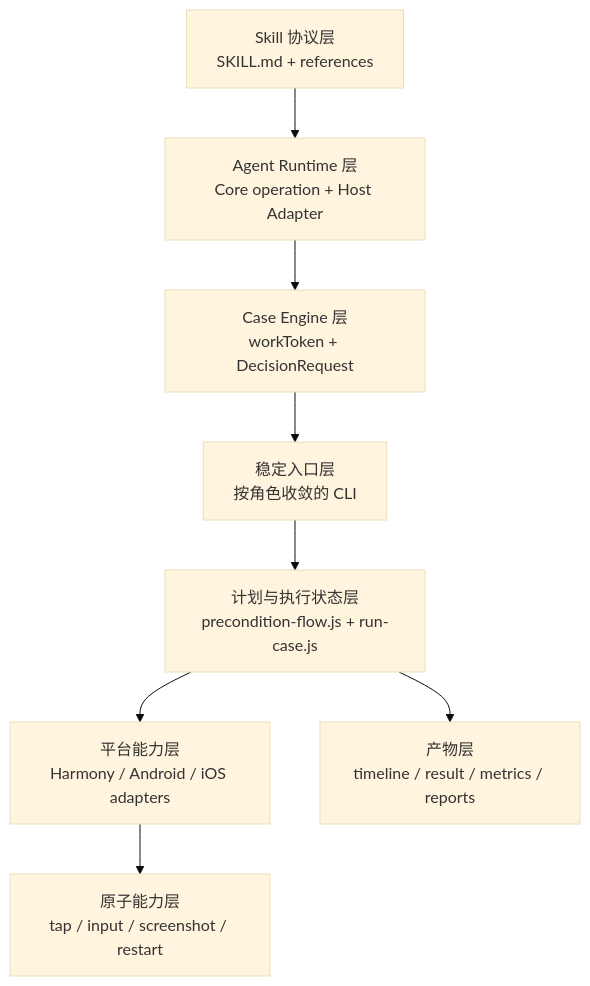
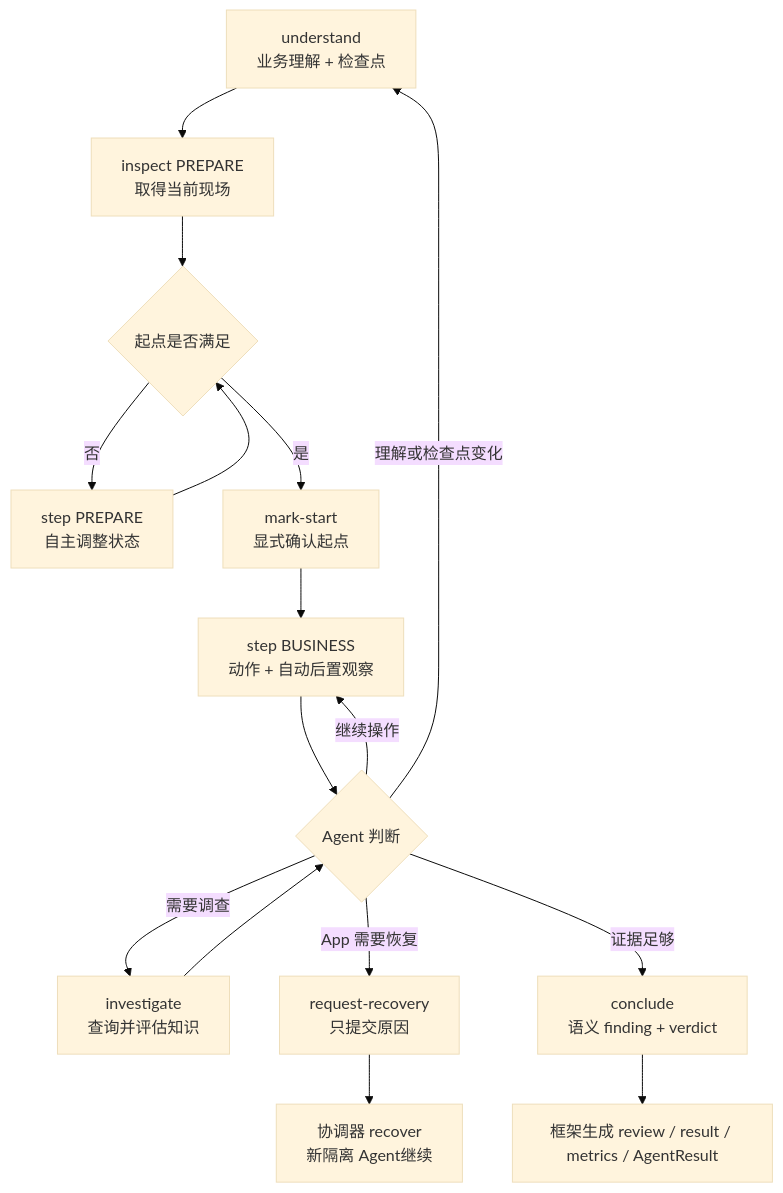
One commit to lianghuihui-plus/DevKit changed the second of 3 diagrams in skills/mobile-ai-visual-test/docs/architecture.md. Above: the diagram before and after it, drawn with Mermaid (base theme). The commit also changed other lines of this file and 194 other files, not shown here.

````diff
--- a/skills/mobile-ai-visual-test/docs/architecture.md
+++ b/skills/mobile-ai-visual-test/docs/architecture.md
@@ -75,13 +59,18 @@
 ```mermaid
-flowchart TB
-  L1["Skill 协议层<br/>SKILL.md + references"]
-  LR["Agent Runtime 层<br/>Core operation + Host Adapter"]
-  CE["Case Engine 层<br/>workToken + DecisionRequest"]
-  L2["稳定入口层<br/>按角色收敛的 CLI"]
-  L3["计划与执行状态层<br/>precondition-flow.js + run-case.js"]
-  L4["平台能力层<br/>Harmony / Android / iOS adapters"]
-  L5["原子能力层<br/>tap / input / screenshot / restart"]
-  L6["产物层<br/>timeline / result / metrics / reports"]
-  L1 --> LR --> CE --> L2 --> L3 --> L4 --> L5
-  L3 --> L6
+flowchart TD
+  U["understand<br/>业务理解 + 检查点"] --> I["inspect PREPARE<br/>取得当前现场"]
+  I --> P{"起点是否满足"}
+  P -- "否" --> S0["step PREPARE<br/>自主调整状态"]
+  S0 --> P
+  P -- "是" --> M["mark-start<br/>显式确认起点"]
+  M --> S1["step BUSINESS<br/>动作 + 自动后置观察"]
+  S1 --> D{"Agent 判断"}
+  D -- "继续操作" --> S1
+  D -- "理解或检查点变化" --> U
+  D -- "需要调查" --> K["investigate<br/>查询并评估知识"]
+  D -- "App 需要恢复" --> R["request-recovery<br/>只提交原因"]
+  R --> RR["协调器 recover<br/>新隔离 Agent继续"]
+  K --> D
+  D -- "证据足够" --> C["conclude<br/>语义 finding + verdict"]
+  C --> F["框架生成 review / result / metrics / AgentResult"]
 ```
````
